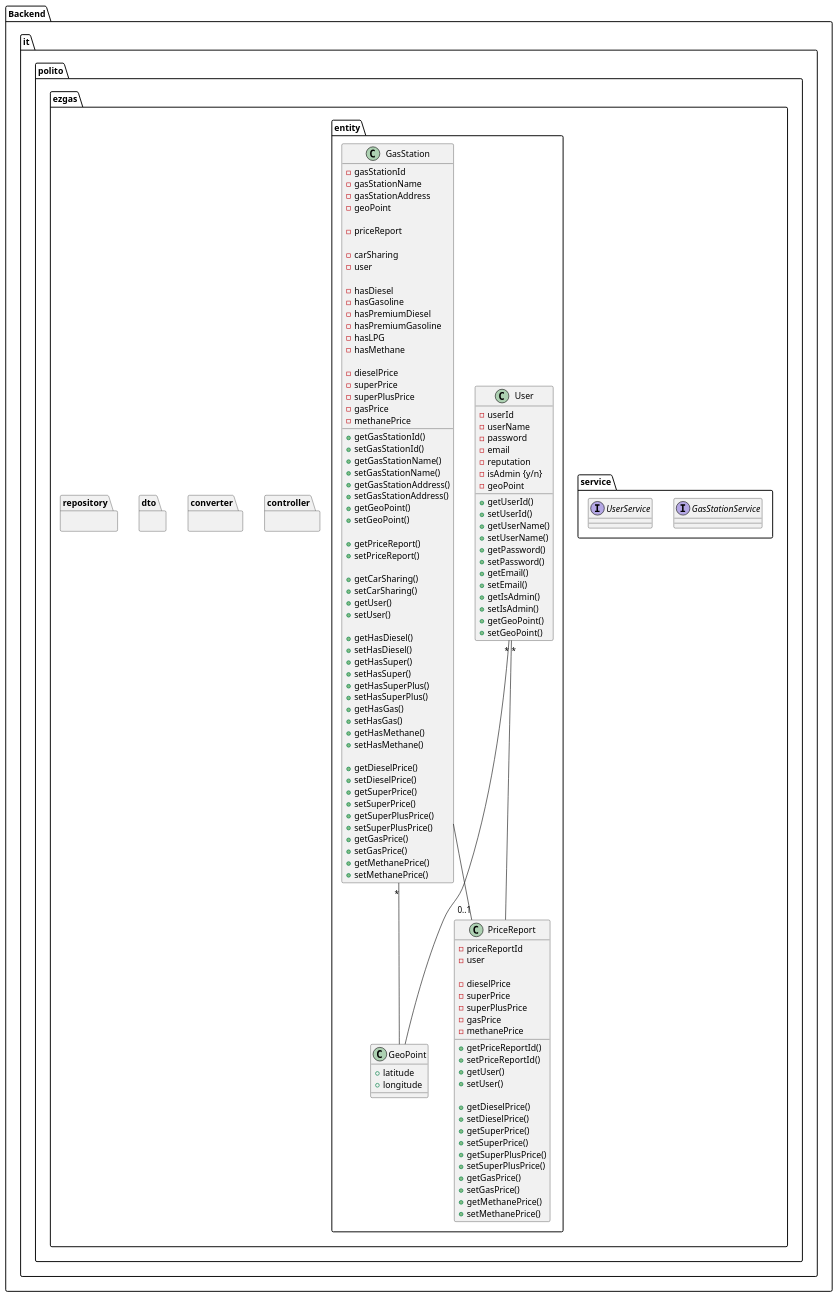
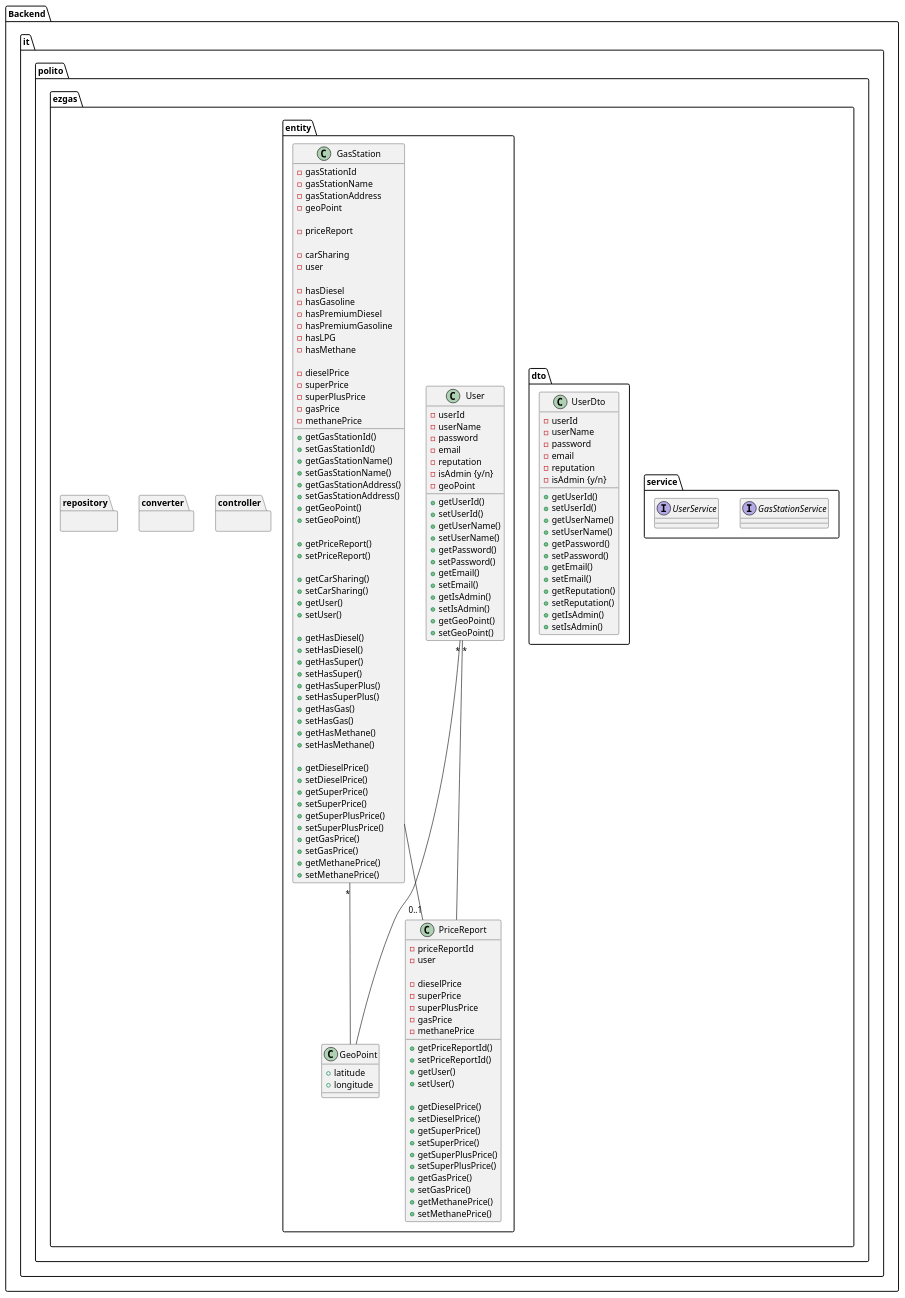
One commit to e-caste/SoftEng-EZGas changed the fourth of 4 diagrams in docs/DesignDocument.md. Above: the diagram before and after it, drawn with PlantUML.

Commit message:
add UserDto class

```diff
--- a/docs/DesignDocument.md
+++ b/docs/DesignDocument.md
@@ -239,7 +239,26 @@
     }
     
     package "it.polito.ezgas.dto" {
-    
+        class UserDto {
+         - userId
+         - userName
+         - password
+         - email
+         - reputation
+         - isAdmin {y/n}
+            + getUserId()
+            + setUserId()
+            + getUserName()
+            + setUserName()
+            + getPassword()
+            + setPassword()
+            + getEmail()
+            + setEmail()
+            + getReputation()
+            + setReputation()
+            + getIsAdmin()
+            + setIsAdmin()
+        }
     }
     
     package "it.polito.ezgas.entity" {
```
